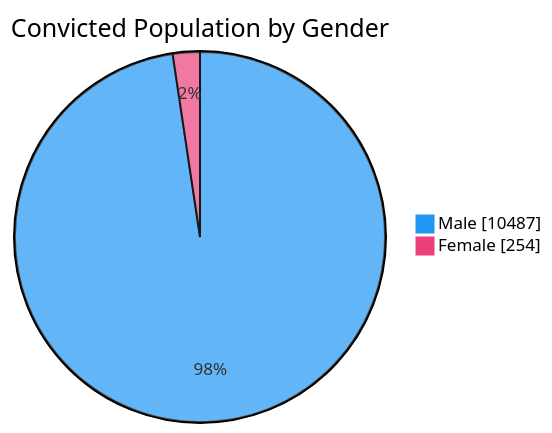
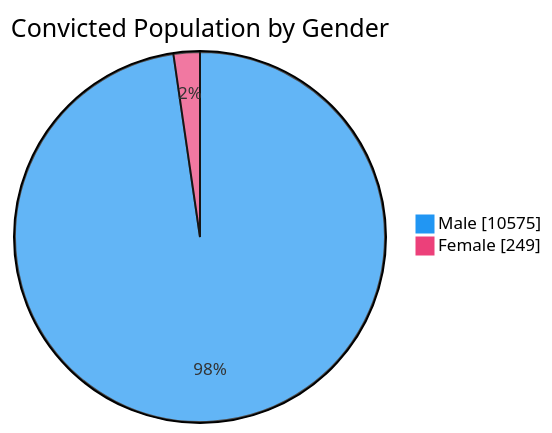
Before and after one commit to nuuuwan/lk_prisons: the third of 7 diagrams in README.md, drawn with Mermaid. The commit also changed other lines of this file and 1 other file, not shown here.

````diff
--- a/README.md
+++ b/README.md
@@ -65,6 +65,6 @@
 ```mermaid
 %%{init: {'themeVariables': {'pie1': '#2196F3', 'pie2': '#EC407A'}}}%%
 pie showData title Convicted Population by Gender
-    "Male" : 10487
-    "Female" : 254
+    "Male" : 10575
+    "Female" : 249
 ```
````
